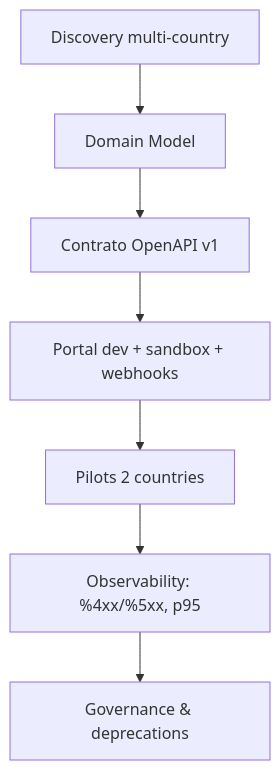
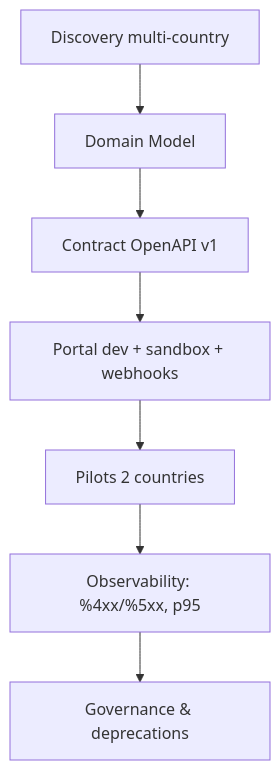
The diagram in README.md (rojascarlina/people-api-product-case), drawn with Mermaid before and after one commit.

Commit message:
Update README.md
Translate to English

````diff
--- a/README.md
+++ b/README.md
@@ -20,9 +20,9 @@
 ```mermaid
 flowchart TD
   A[Discovery multi-country] --> B[Domain Model]
-  B --> C[Contrato OpenAPI v1]
+  B --> C[Contract OpenAPI v1]
   C --> D[Portal dev + sandbox + webhooks]
   D --> E[Pilots 2 countries]
   E --> F[Observability: %4xx/%5xx, p95]
   F --> G[Governance & deprecations]
 ```
````
